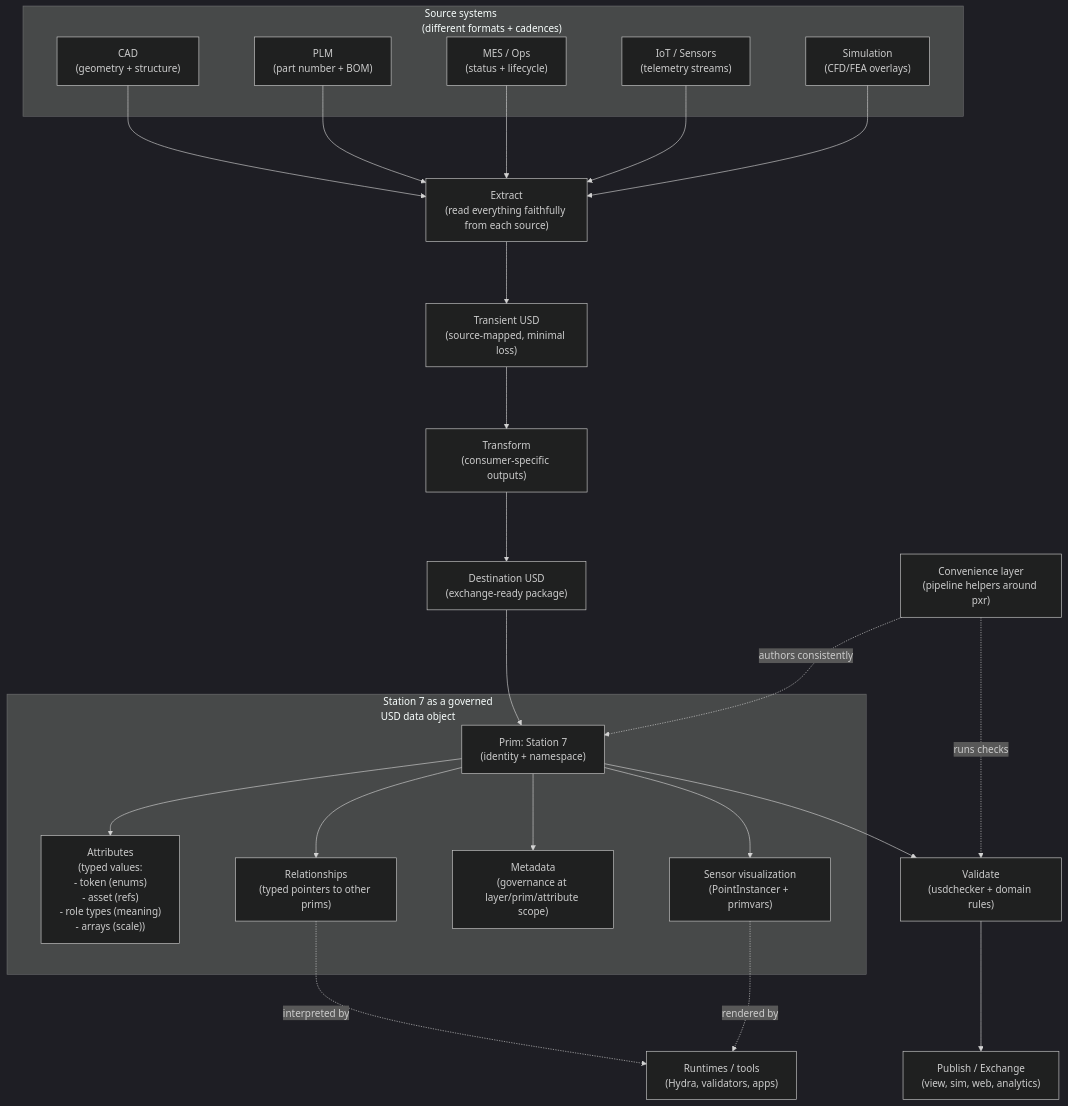
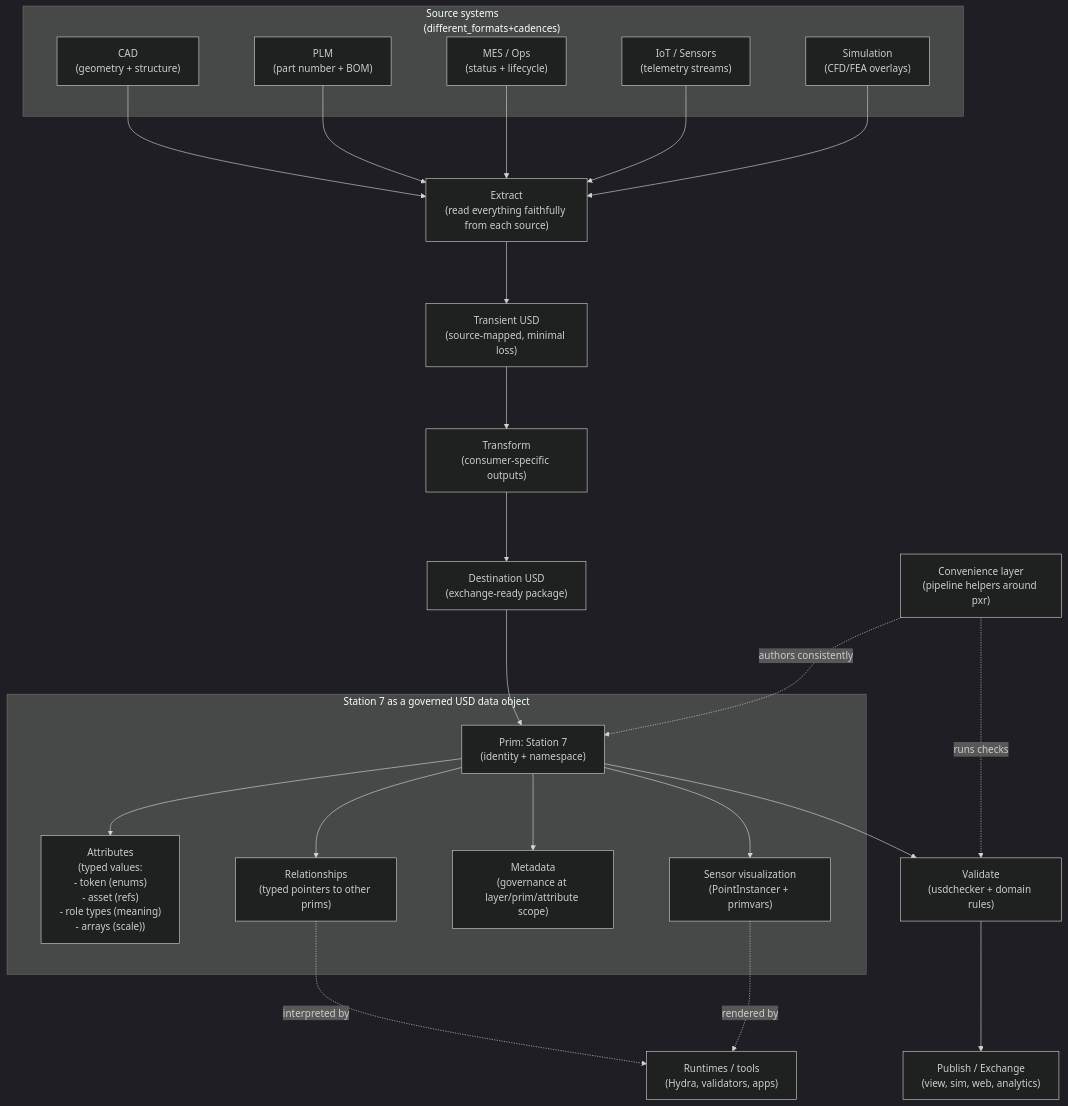
One commit to jph2/USD_GoodStart changed the diagram in WIP_Docs/Building an OpenUSD Pipeline With Data Modeling__VIDEO_DEEP_DIVE_TUTORIAL.md. Above: the diagram before and after it, drawn with Mermaid (dark theme). The commit also changed other lines of this file and 29 other files, not shown here.

````diff
--- a/WIP_Docs/Building an OpenUSD Pipeline With Data Modeling__VIDEO_DEEP_DIVE_TUTORIAL.md
+++ b/WIP_Docs/Building an OpenUSD Pipeline With Data Modeling__VIDEO_DEEP_DIVE_TUTORIAL.md
@@ -64,48 +65,48 @@
 ```mermaid
 %%{init: { "flowchart": { "nodeSpacing": 90, "rankSpacing": 100, "curve": "basis" } }}%%
 flowchart TB
   %% Mental model: data modeling (inside USD) + data exchange (how it gets there reliably)
 
-  subgraph Sources[" Source systems<br/>(different formats + cadences) "]
+  subgraph Sources[" Source systems<br/>(different_formats+cadences) "]
     CAD["CAD\n(geometry + structure)"]
     PLM["PLM\n(part number + BOM)"]
     MES["MES / Ops\n(status + lifecycle)"]
     IOT["IoT / Sensors\n(telemetry streams)"]
     SIM["Simulation\n(CFD/FEA overlays)"]
   end
 
   CAD --> EX["Extract\n(read everything faithfully from each source)"]
   PLM --> EX
   MES --> EX
   IOT --> EX
   SIM --> EX
 
   EX --> TRANSIENT["Transient USD\n(source-mapped, minimal loss)"]
   TRANSIENT --> TF["Transform\n(consumer-specific outputs)"]
 
   TF --> DEST["Destination USD\n(exchange-ready package)"]
 
-  subgraph Station7[" Station 7 as a governed<br/>USD data object "]
+  subgraph Station7[" Station 7 as a governed USD data object "]
     PRIM["Prim: Station 7\n(identity + namespace)"]
     ATTR["Attributes\n(typed values:\n- token (enums)\n- asset (refs)\n- role types (meaning)\n- arrays (scale))"]
     REL["Relationships\n(typed pointers to other prims)"]
     META["Metadata\n(governance at layer/prim/attribute scope)"]
     SENSVIS["Sensor visualization\n(PointInstancer + primvars)"]
 
     PRIM --> ATTR
     PRIM --> REL
     PRIM --> META
     PRIM --> SENSVIS
   end
 
   DEST --> PRIM
 
   CL["Convenience layer\n(pipeline helpers around pxr)"] -. "authors consistently" .-> PRIM
   CL -. "runs checks" .-> VAL
 
   REL -. "interpreted by" .-> RT["Runtimes / tools\n(Hydra, validators, apps)"]
   SENSVIS -. "rendered by" .-> RT
 
   PRIM --> VAL["Validate\n(usdchecker + domain rules)"]
   VAL --> PUB["Publish / Exchange\n(view, sim, web, analytics)"]
 ```
````
